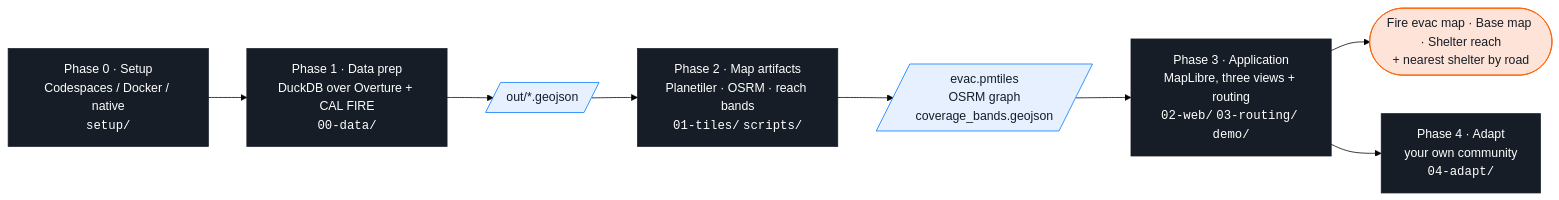
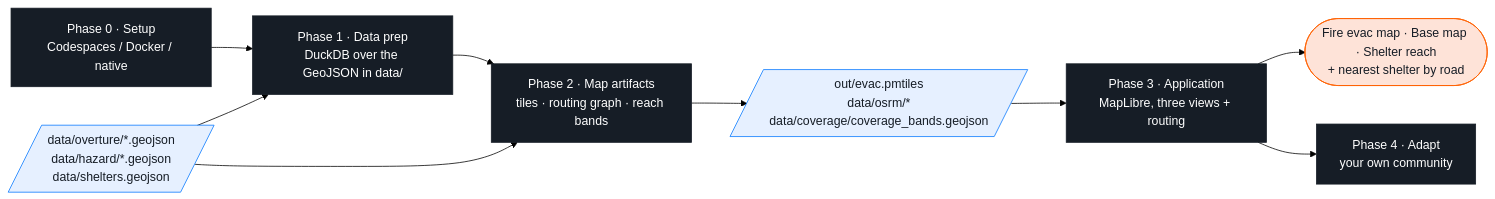
Before and after one commit to vishal4c/routes-to-safety-workshop: the first of 6 diagrams in README.md, drawn with Mermaid (forest theme). The commit also changed other lines of this file and 74 other files, not shown here.

````diff
--- a/README.md
+++ b/README.md
@@ -16,18 +16,20 @@
 ```mermaid
 flowchart LR
   classDef ph   fill:#161D26,stroke:#161D26,color:#FFFFFF
   classDef file fill:#E6F0FF,stroke:#0678FF,color:#161D26
   classDef out  fill:#FEE3D8,stroke:#FF6101,color:#161D26
 
-  P0["Phase 0 · Setup<br/>Codespaces / Docker / native<br/><code>setup/</code>"]:::ph
-  P1["Phase 1 · Data prep<br/>DuckDB over Overture + CAL FIRE<br/><code>00-data/</code>"]:::ph
-  P2["Phase 2 · Map artifacts<br/>Planetiler · OSRM · reach bands<br/><code>01-tiles/</code> <code>scripts/</code>"]:::ph
-  P3["Phase 3 · Application<br/>MapLibre, three views + routing<br/><code>02-web/</code> <code>03-routing/</code> <code>demo/</code>"]:::ph
-  P4["Phase 4 · Adapt<br/>your own community<br/><code>04-adapt/</code>"]:::ph
-  A1[/"out/*.geojson"/]:::file
-  A2[/"evac.pmtiles<br/>OSRM graph<br/>coverage_bands.geojson"/]:::file
+  P0["Phase 0 · Setup<br/>Codespaces / Docker / native"]:::ph
+  P1["Phase 1 · Data prep<br/>DuckDB over the GeoJSON in data/"]:::ph
+  P2["Phase 2 · Map artifacts<br/>tiles · routing graph · reach bands"]:::ph
+  P3["Phase 3 · Application<br/>MapLibre, three views + routing"]:::ph
+  P4["Phase 4 · Adapt<br/>your own community"]:::ph
+  D[/"data/overture/*.geojson<br/>data/hazard/*.geojson<br/>data/shelters.geojson"/]:::file
+  A2[/"out/evac.pmtiles<br/>data/osrm/*<br/>data/coverage/coverage_bands.geojson"/]:::file
   A3(["Fire evac map · Base map · Shelter reach<br/>+ nearest shelter by road"]):::out
 
-  P0 --> P1 --> A1 --> P2 --> A2 --> P3 --> A3
+  P0 --> P1 --> P2 --> A2 --> P3 --> A3
+  D --> P1
+  D --> P2
   P3 --> P4
 ```
````
